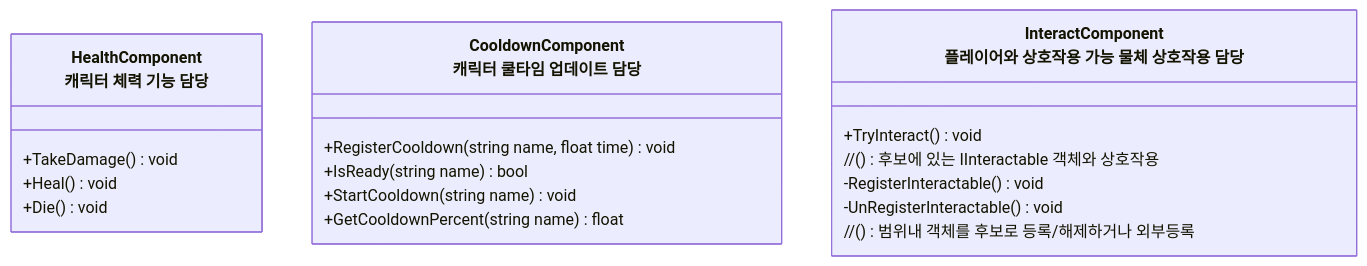
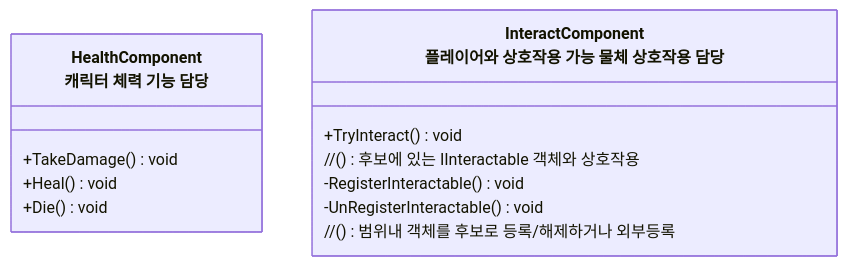
One commit to JIN5EOK/DungeonShooter changed the third of 6 diagrams in README/Entity_설계.md. Above: the diagram before and after it, drawn with Mermaid. The commit also changed other lines of this file and 1 other file, not shown here.

````diff
--- a/README/Entity_설계.md
+++ b/README/Entity_설계.md
@@ -41,21 +42,15 @@
 ```mermaid
 classDiagram
     class HealthComponent["HealthComponent<br>캐릭터 체력 기능 담당"]{
         +TakeDamage() void
         +Heal() void
         +Die() void
-    }
-    class CooldownComponent["CooldownComponent<br>캐릭터 쿨타임 업데이트 담당"]{
-        +RegisterCooldown(string name, float time) void
-        +IsReady(string name) bool
-        +StartCooldown(string name) void
-        +GetCooldownPercent(string name) float
     }
     class InteractComponent["InteractComponent<br>플레이어와 상호작용 가능 물체 상호작용 담당"]{
         +TryInteract() void 
         // () 후보에 있는 IInteractable 객체와 상호작용
         -RegisterInteractable() void
         -UnRegisterInteractable() void
         // () 범위내 객체를 후보로 등록/해제하거나 외부등록
     }
 ```
````
